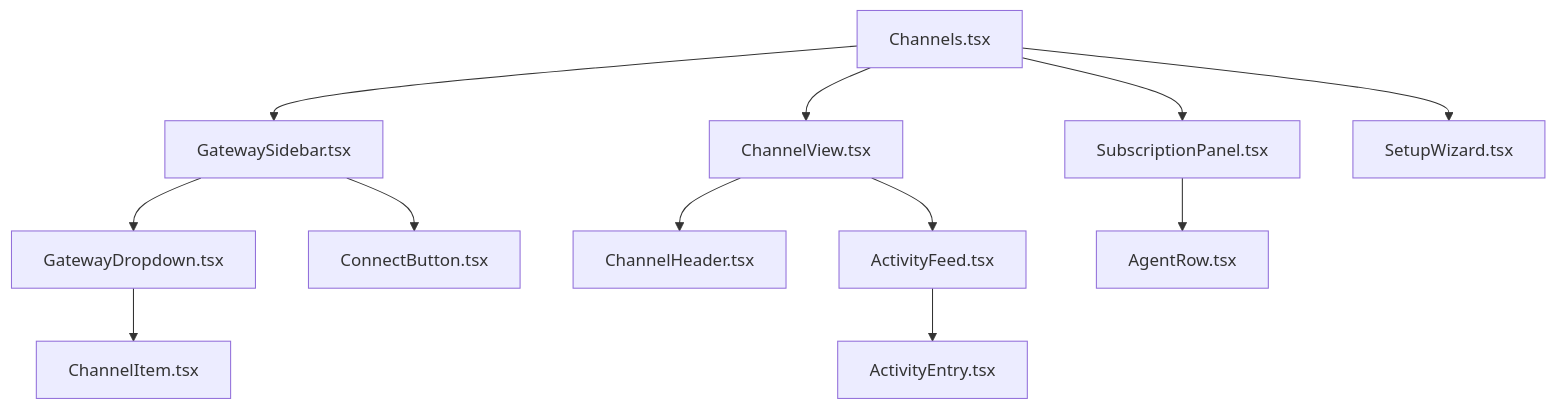
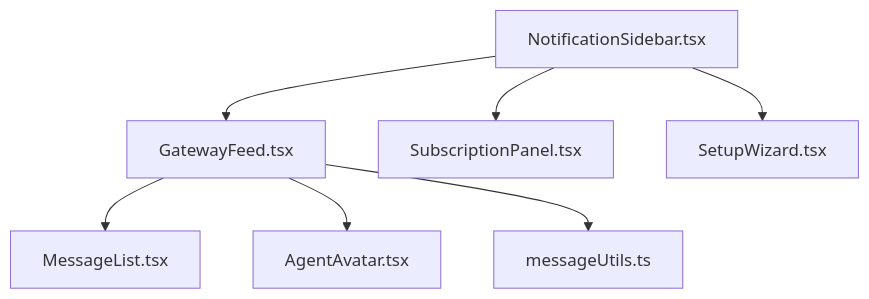
The fifth of 5 diagrams in docs/architecture/notifications.md (rpuneet/bc), drawn with Mermaid before and after one commit. The commit also changed other lines of this file and 1 other file, not shown here.

````diff
--- a/docs/architecture/notifications.md
+++ b/docs/architecture/notifications.md
@@ -487,17 +484,10 @@
 ```mermaid
 graph TD
-    CH[Channels.tsx] --> GS[GatewaySidebar.tsx]
-    CH --> CV[ChannelView.tsx]
-    CH --> SP[SubscriptionPanel.tsx]
-    CH --> SW[SetupWizard.tsx]
+    NS[NotificationSidebar.tsx] --> GF[GatewayFeed.tsx]
+    NS --> SP[SubscriptionPanel.tsx]
+    NS --> SW[SetupWizard.tsx]
 
-    GS --> GD[GatewayDropdown.tsx]
-    GD --> CI[ChannelItem.tsx]
-    GS --> CB[ConnectButton.tsx]
-
-    CV --> CHD[ChannelHeader.tsx]
-    CV --> AF[ActivityFeed.tsx]
-    AF --> AE[ActivityEntry.tsx]
-
-    SP --> AR[AgentRow.tsx]
+    GF --> ML[MessageList.tsx]
+    GF --> AA[AgentAvatar.tsx]
+    GF --> MU[messageUtils.ts]
 ```
````
